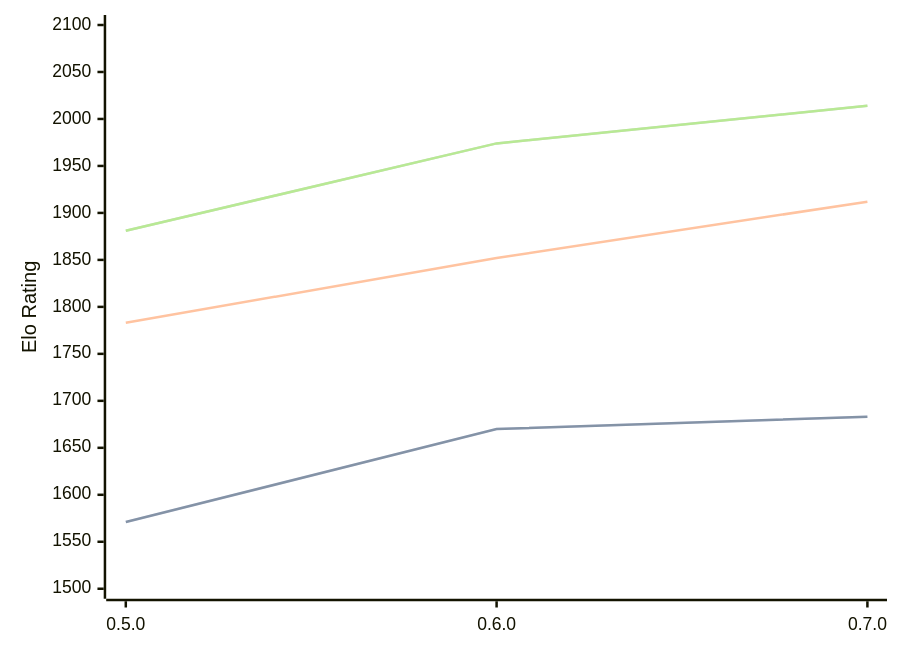
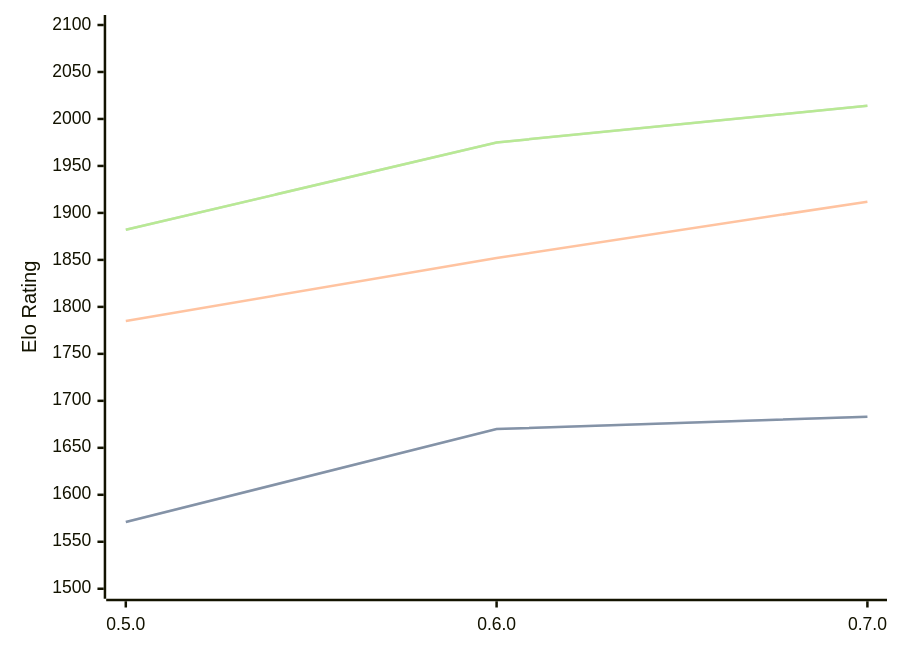
One commit to computer-chess-index/cci changed the first of 3 diagrams in engines/Chess-rs.md. Above: the diagram before and after it, drawn with Mermaid. The commit also changed other lines of this file, not shown here.

Commit message:
Update CCI Ratings (ELO VLTC) - 2026-07-03

````diff
--- a/engines/Chess-rs.md
+++ b/engines/Chess-rs.md
@@ -41,11 +41,11 @@
 ```mermaid
 %%{init: {"theme":"base","themeVariables":{"seriesColors:['#a3a3a3','#222221','#faa371']}}}%%
 xychart-beta
   x-axis ["0.5.0", "0.6.0", "0.7.0"]
   y-axis "Elo Rating" 1500 --> 2100
   line "STC (8.0+0.08s)" [1571, 1670, 1683]
   line "STC (8.0+0.08s)" [1571, 1670, 1683]
-  line "LTC (60.0+0.60s)" [1783, 1852, 1912]
-  line "VLTC (2m24s+1.12s)" [1881, 1974, 2014]
-  line "VLTC (2m24s+1.12s)" [1881, 1974, 2014]
+  line "LTC (60.0+0.60s)" [1785, 1852, 1912]
+  line "VLTC (2m24s+1.12s)" [1882, 1975, 2014]
+  line "VLTC (2m24s+1.12s)" [1882, 1975, 2014]
 ```
````
